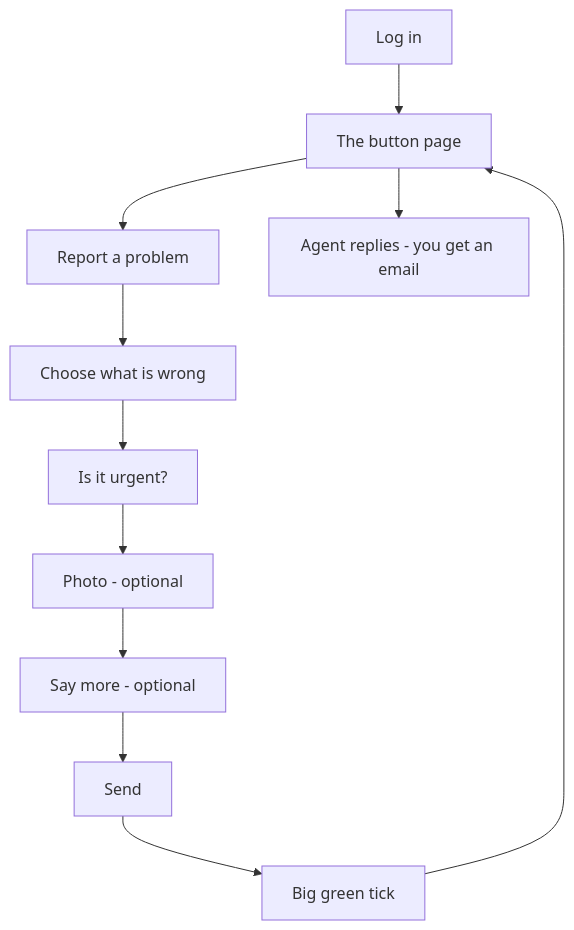
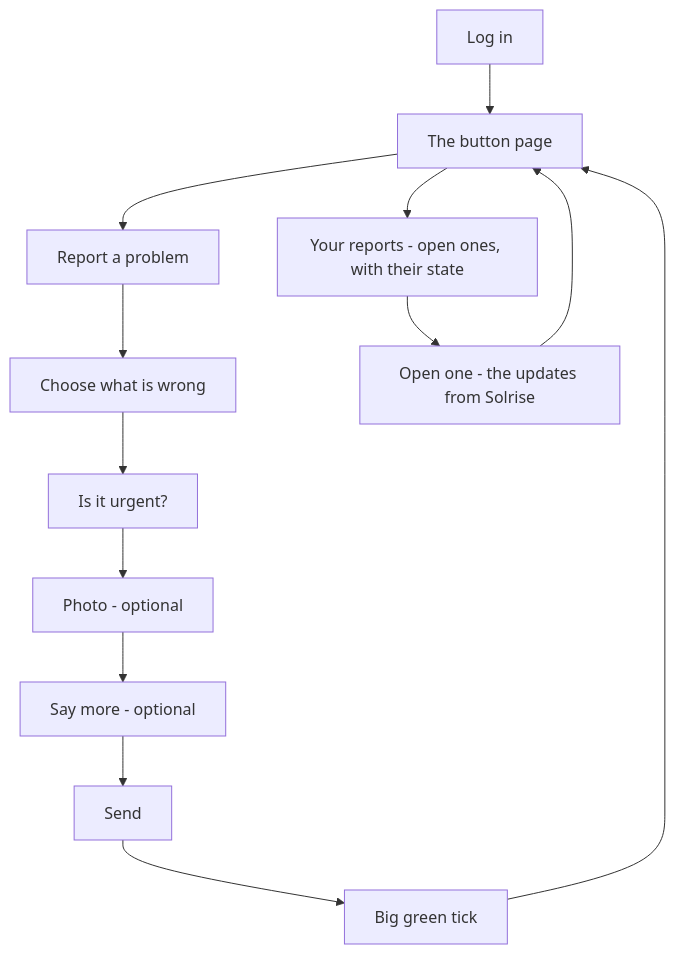
One commit to daniyalbphq-commits/solrise-erp changed diagram 13 of 15 in docs/13-role-wise-user-guide.md. Above: the diagram before and after it, drawn with Mermaid. The commit also changed other lines of this file and 3 other files, not shown here.

First line of the commit message:
Show a customer their own open reports, and what happened to them

````diff
--- a/docs/13-role-wise-user-guide.md
+++ b/docs/13-role-wise-user-guide.md
@@ -483,13 +483,15 @@
 ```mermaid
 flowchart TD
     A[Log in] --> B[The button page]
     B --> C[Report a problem]
     C --> D[Choose what is wrong]
     D --> E[Is it urgent?]
     E --> F[Photo - optional]
     F --> G[Say more - optional]
     G --> H[Send]
     H --> I[Big green tick]
     I --> B
-    B --> J[Agent replies - you get an email]
+    B --> K[Your reports - open ones, with their state]
+    K --> L[Open one - the updates from Solrise]
+    L --> B
 ```
````
